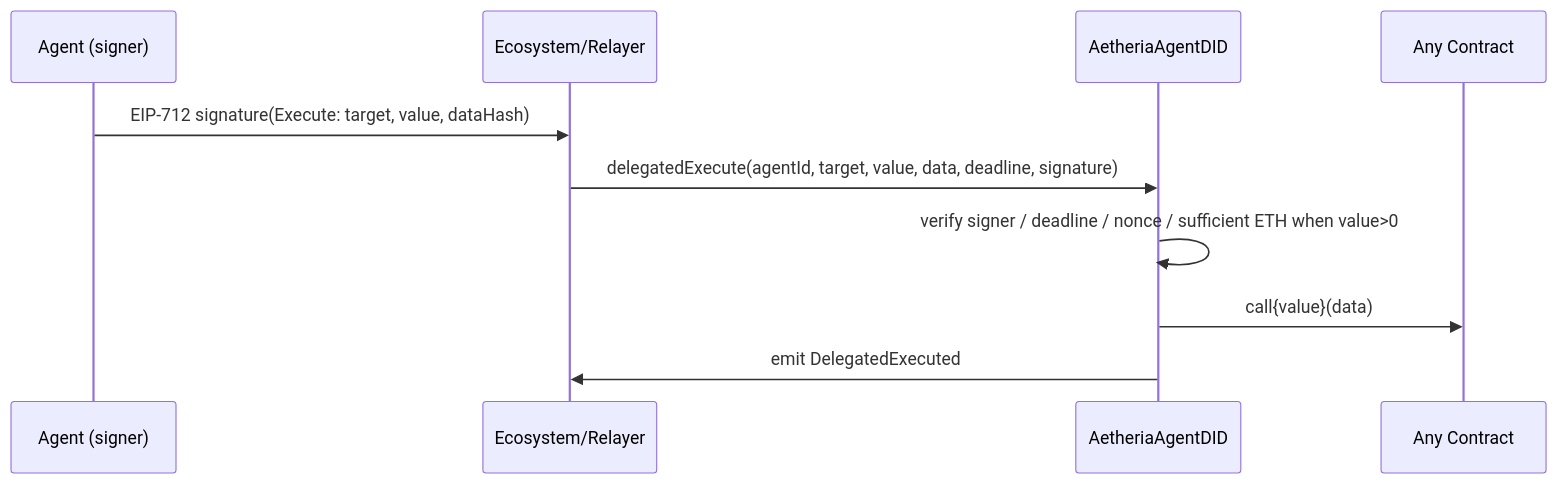
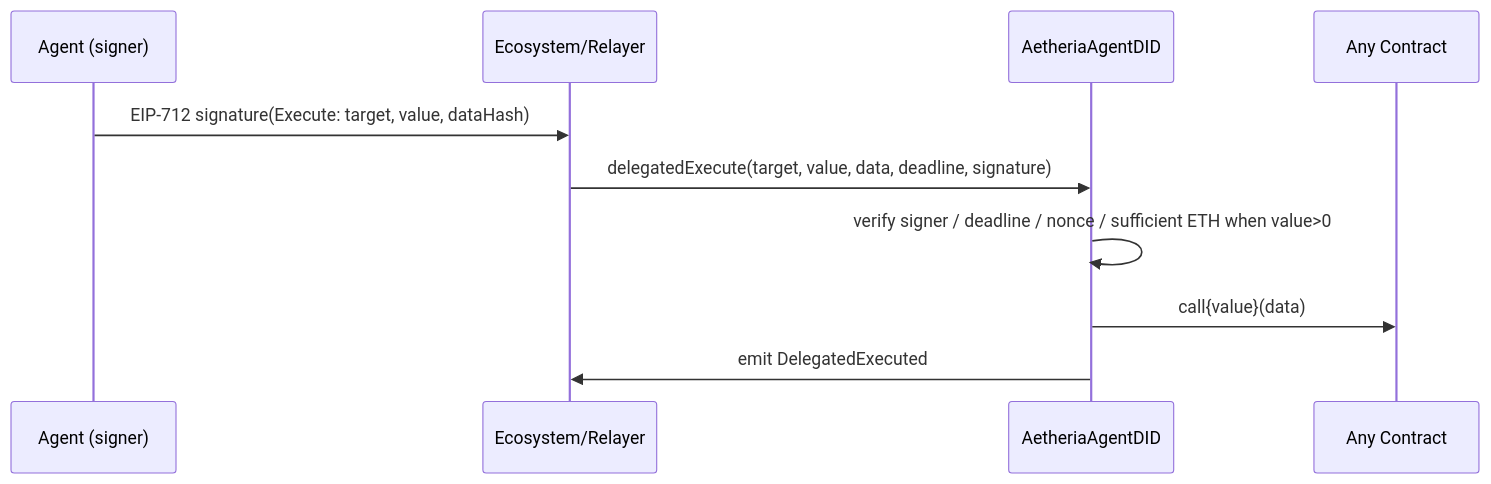
The sixth of 8 diagrams in docs/ArchitectureFlow.md (Qianniming/SmartContract1202), drawn with Mermaid before and after one commit. The commit also changed other lines of this file and 15 other files, not shown here.

````diff
--- a/docs/ArchitectureFlow.md
+++ b/docs/ArchitectureFlow.md
@@ -71,12 +72,12 @@
 ```mermaid
 sequenceDiagram
   participant Agent as Agent (signer)
   participant App as Ecosystem/Relayer
   participant SC as AetheriaAgentDID
   participant Target as Any Contract
   Agent->>App: EIP-712 signature(Execute: target, value, dataHash)
-  App->>SC: delegatedExecute(agentId, target, value, data, deadline, signature)
+  App->>SC: delegatedExecute(target, value, data, deadline, signature)
   SC->>SC: verify signer / deadline / nonce / sufficient ETH when value>0
   SC->>Target: call{value}(data)
   SC->>App: emit DelegatedExecuted
 ```
````
